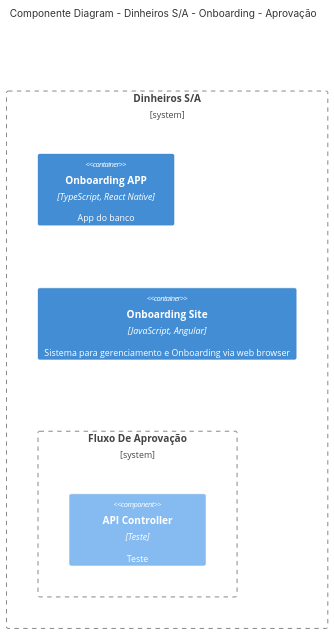
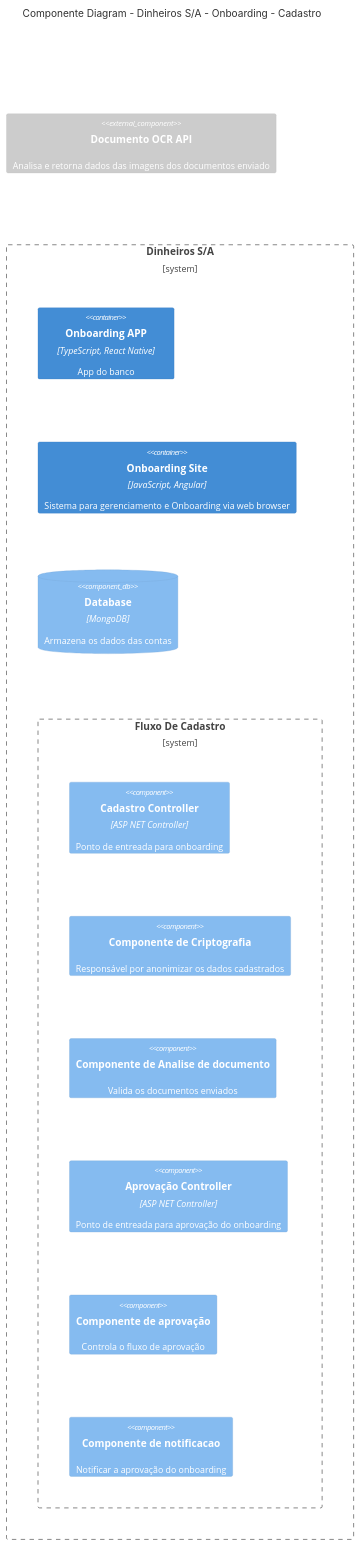
The diagram in Diagrams/component.md (CristianoRC/C4-Model), drawn with Mermaid before and after one commit. The commit also changed 1 other file, not shown here.

Commit message:
Cria os principais itens do diagrama de component

````diff
--- a/Diagrams/component.md
+++ b/Diagrams/component.md
@@ -3,14 +3,23 @@
 ```mermaid
 C4Context
-  title Componente Diagram - Dinheiros S/A - Onboarding - Aprovação
+  title Componente Diagram - Dinheiros S/A - Onboarding - Cadastro
 
   Boundary(banco,"Dinheiros S/A") {
       Container(app_mobile, "Onboarding APP", "TypeScript, React Native", "App do banco")
       Container(app, "Onboarding Site", "JavaScript, Angular", "Sistema para gerenciamento e Onboarding via web browser")
 
-      Boundary(aprovacao, "Fluxo De Aprovação"){
-          Component(controller, "API Controller", "Teste", "Teste")
+      Boundary(aprovacao_boundary, "Fluxo De Cadastro"){
+          Component(controller, "Cadastro Controller", "ASP NET Controller", "Ponto de entreada para onboarding")
+          Component(criptografia, "Componente de Criptografia", "", "Responsável por anonimizar os dados cadastrados")
+          Component(analise, "Componente de Analise de documento", "", "Valida os documentos enviados")
+
+          Component(controller_aprovacao, "Aprovação Controller", "ASP NET Controller", "Ponto de entreada para aprovação do onboarding")
+          Component(aprovacao, "Componente de aprovação", "", "Controla o fluxo de aprovação")
+          Component(notificacao, "Componente de notificacao", "", "Notificar a aprovação do onboarding")
       }
+
+      ComponentDb(mongodb, "Database", "MongoDB", "Armazena os dados das contas")
   }
 
+  Component_Ext(documentos, "Documento OCR API", "", "Analisa e retorna dados das imagens dos documentos enviado")
 ```
````
